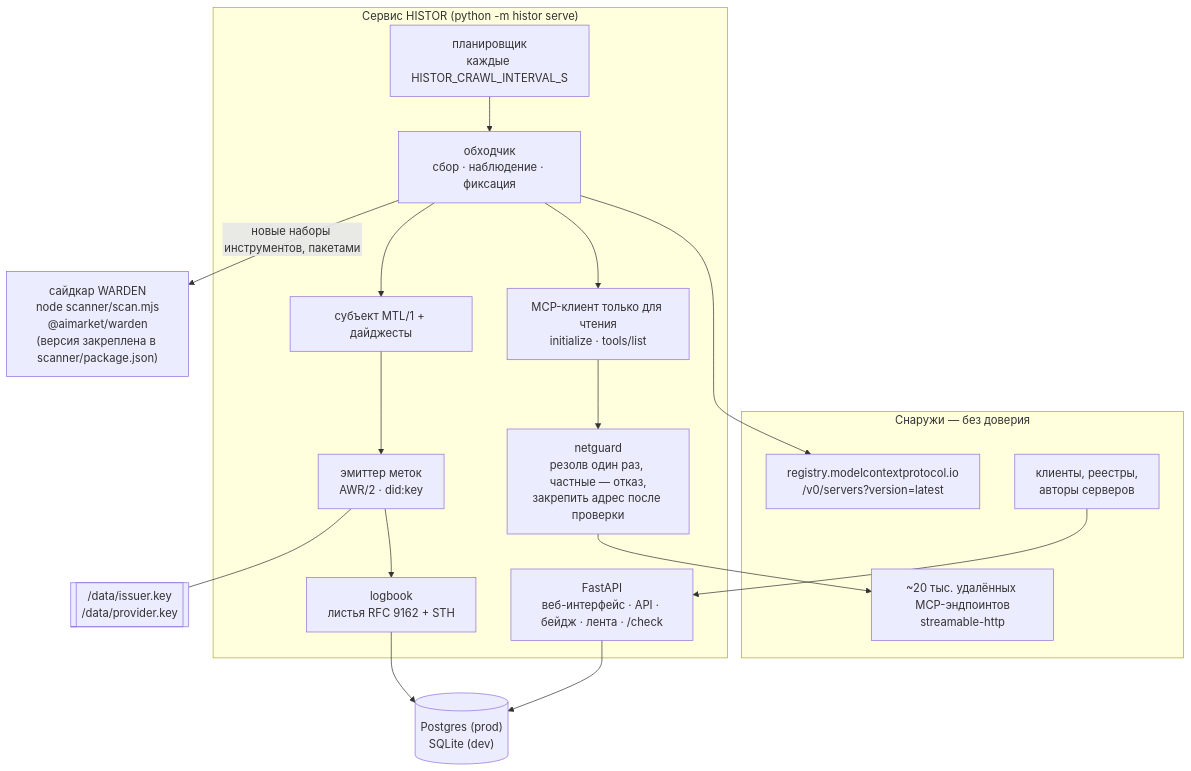
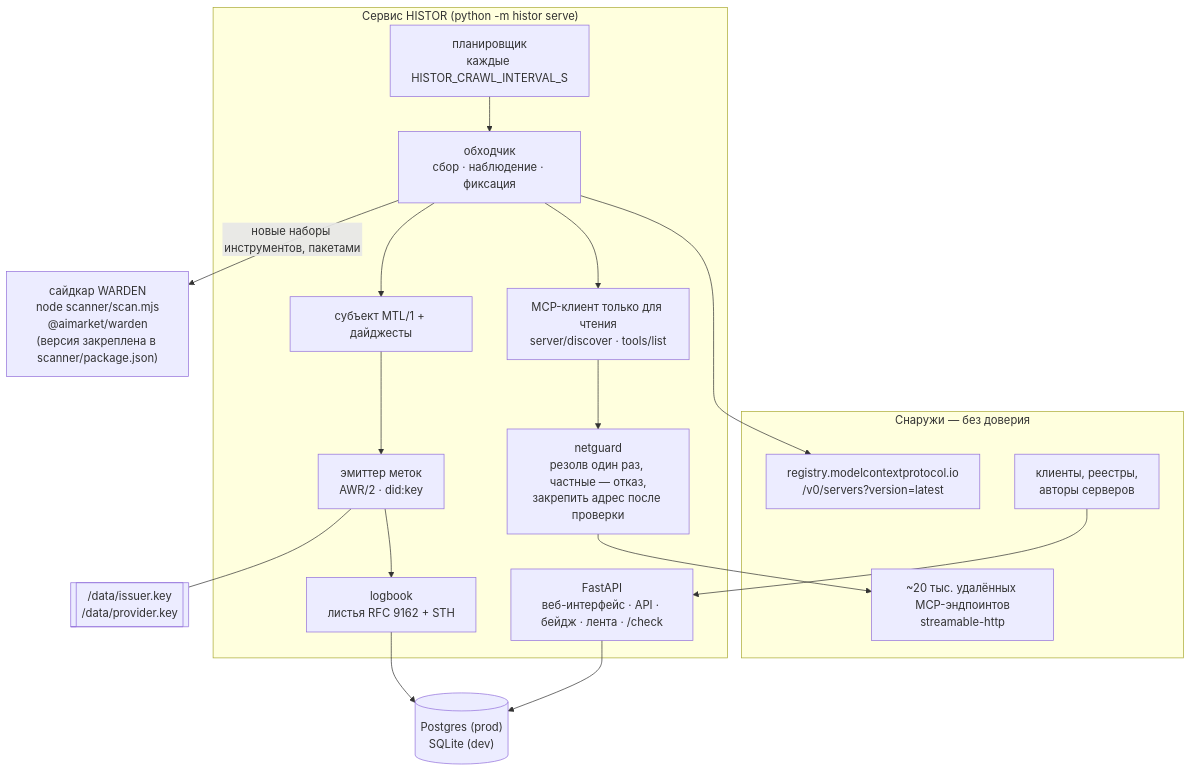
One commit to alexar76/histor changed the first of 4 diagrams in docs/architecture.ru.md. Above: the diagram before and after it, drawn with Mermaid. The commit also changed other lines of this file and 78 other files, not shown here.

````diff
--- a/docs/architecture.ru.md
+++ b/docs/architecture.ru.md
@@ -9,30 +9,30 @@
 ```mermaid
 flowchart TB
     subgraph Outside["Снаружи — без доверия"]
         REG["registry.modelcontextprotocol.io<br/>/v0/servers?version=latest"]
         MCP["~20 тыс. удалённых MCP-эндпоинтов<br/>streamable-http"]
         CLIENT["клиенты, реестры,<br/>авторы серверов"]
     end
     subgraph Service["Сервис HISTOR (python -m histor serve)"]
         SCHED["планировщик<br/>каждые HISTOR_CRAWL_INTERVAL_S"]
         CRAWL["обходчик<br/>сбор · наблюдение · фиксация"]
         GUARD["netguard<br/>резолв один раз, частные — отказ,<br/>закрепить адрес после проверки"]
-        READER["MCP-клиент только для чтения<br/>initialize · tools/list"]
+        READER["MCP-клиент только для чтения<br/>server/discover · tools/list"]
         SUBJ["субъект MTL/1 + дайджесты"]
         LABELS["эмиттер меток<br/>AWR/2 · did:key"]
         LOG["logbook<br/>листья RFC 9162 + STH"]
         API["FastAPI<br/>веб-интерфейс · API · бейдж · лента · /check"]
     end
     SIDE["сайдкар WARDEN<br/>node scanner/scan.mjs<br/>@aimarket/warden<br/>(версия закреплена в scanner/package.json)"]
     DB[("Postgres (prod)<br/>SQLite (dev)")]
     KEY[["/data/issuer.key<br/>/data/provider.key"]]
 
     SCHED --> CRAWL
     CRAWL --> REG
     CRAWL --> READER --> GUARD --> MCP
     CRAWL --> SUBJ --> LABELS --> LOG --> DB
     CRAWL -- "новые наборы инструментов, пакетами" --> SIDE
     LABELS --- KEY
     API --> DB
     CLIENT --> API
 ```
````
